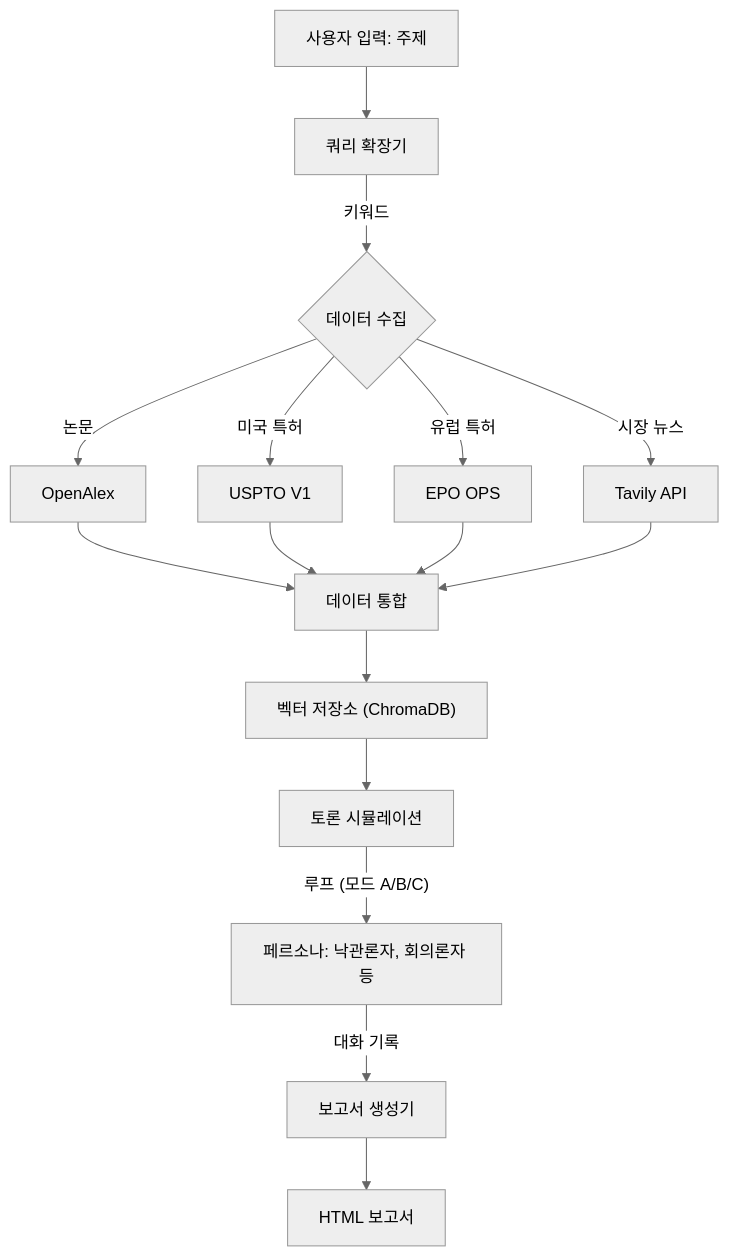
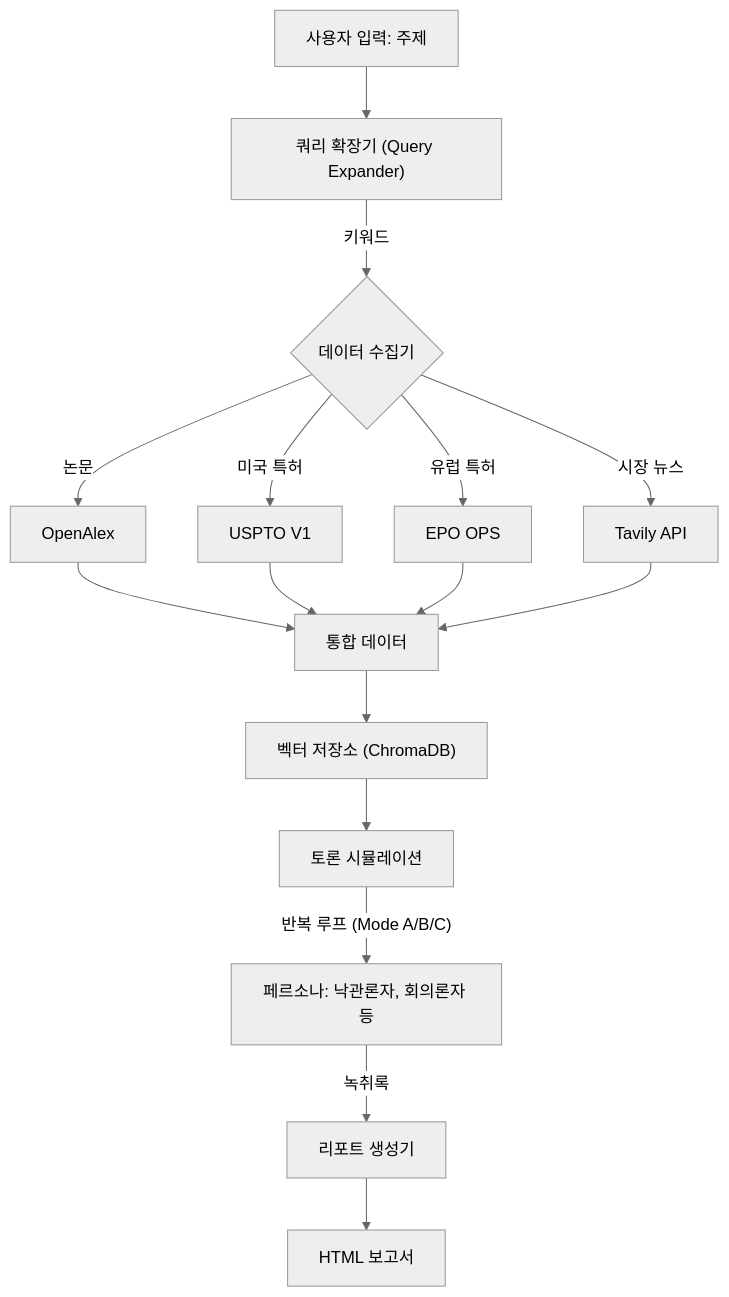
One commit to eastsea17/VirtualTechExperts_RAG_Ollama changed the first of 2 diagrams in README_kor.md. Above: the diagram before and after it, drawn with Mermaid (neutral theme). The commit also changed other lines of this file and 15 other files, not shown here.

````diff
--- a/README_kor.md
+++ b/README_kor.md
@@ -121,18 +147,18 @@
 ```mermaid
 graph TD
-    User["사용자 입력: 주제"] --> QE["쿼리 확장기"]
-    QE -->|키워드| APIs{"데이터 수집"}
+    User["사용자 입력: 주제"] --> QE["쿼리 확장기 (Query Expander)"]
+    QE -->|키워드| APIs{"데이터 수집기"}
     APIs -->|논문| OA["OpenAlex"]
     APIs -->|미국 특허| USPTO["USPTO V1"]
     APIs -->|유럽 특허| EPO["EPO OPS"]
     APIs -->|시장 뉴스| Tavily["Tavily API"]
-    OA --> Combined["데이터 통합"]
+    OA --> Combined["통합 데이터"]
     USPTO --> Combined
     EPO --> Combined
     Tavily --> Combined
     Combined --> VS["벡터 저장소 (ChromaDB)"]
     VS --> Debate["토론 시뮬레이션"]
-    Debate -->|"루프 (모드 A/B/C)"| Agents["페르소나: 낙관론자, 회의론자 등"]
-    Agents -->|대화 기록| RG["보고서 생성기"]
+    Debate -->|"반복 루프 (Mode A/B/C)"| Agents["페르소나: 낙관론자, 회의론자 등"]
+    Agents -->|녹취록| RG["리포트 생성기"]
     RG --> HTML["HTML 보고서"]
 ```
````
